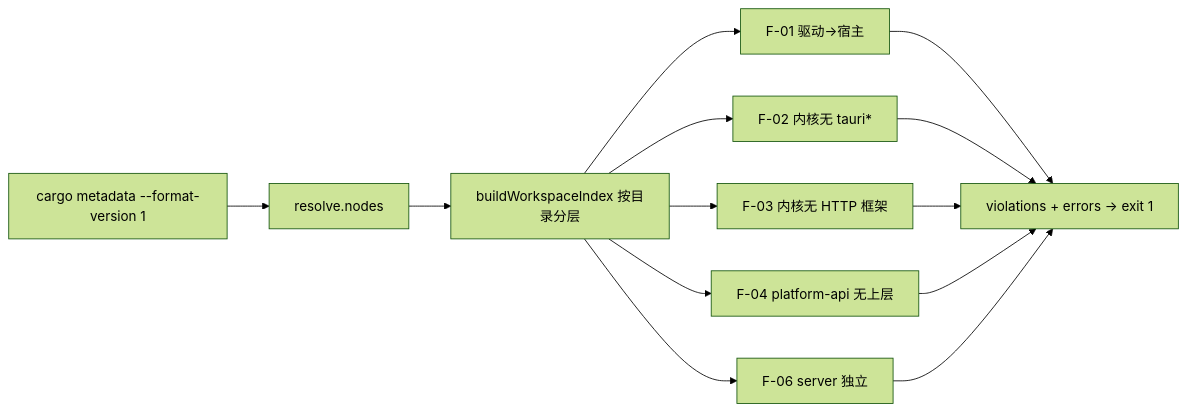
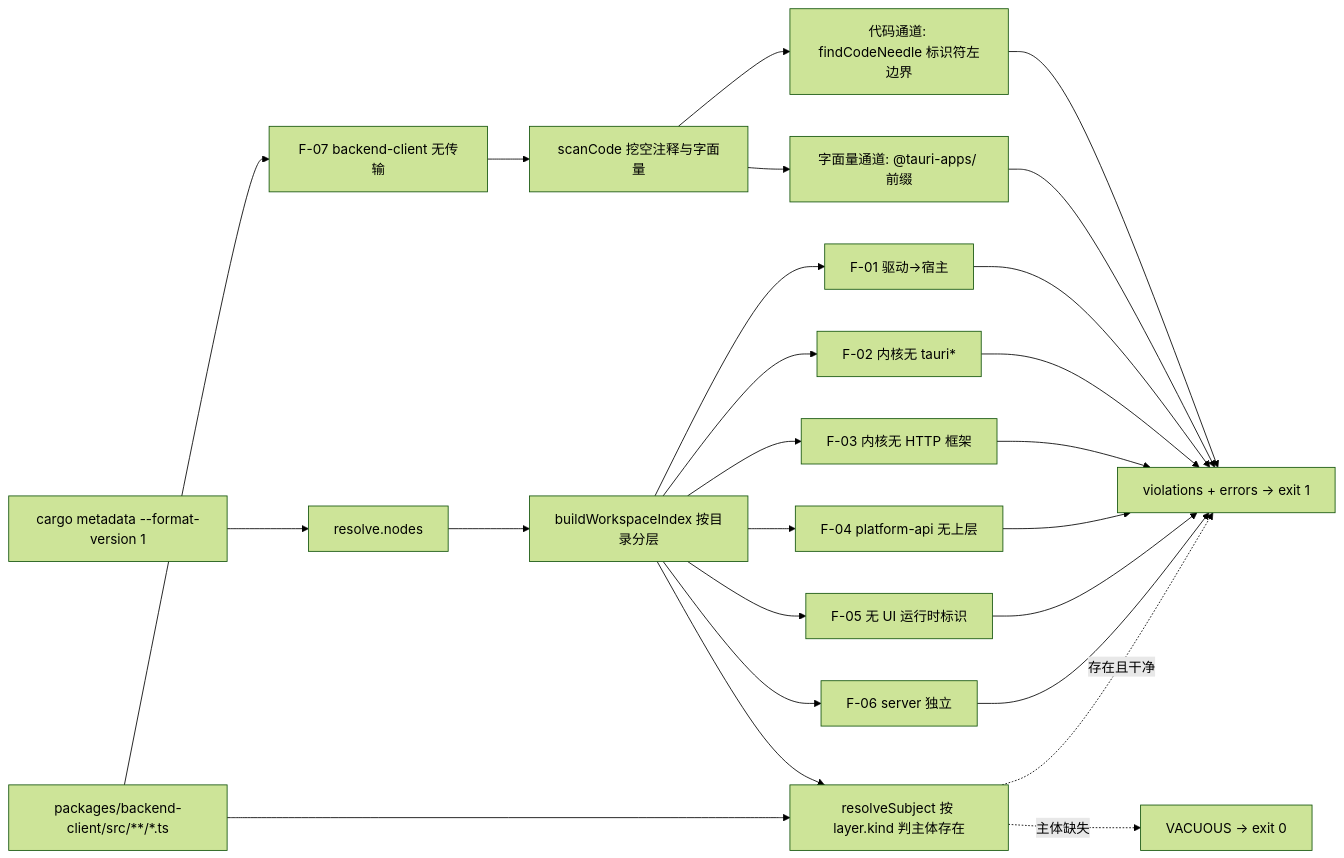
One commit to flyxl/datazen changed the fourth of 4 diagrams in docs/architecture/platform/shared-boundaries-and-ports.md. Above: the diagram before and after it, drawn with Mermaid (forest theme). The commit also changed other lines of this file and 2 other files, not shown here.

````diff
--- a/docs/architecture/platform/shared-boundaries-and-ports.md
+++ b/docs/architecture/platform/shared-boundaries-and-ports.md
@@ -653,11 +653,20 @@
 ```mermaid
 flowchart LR
     M[cargo metadata --format-version 1] --> N[resolve.nodes]
     N --> I[buildWorkspaceIndex 按目录分层]
     I --> C1[F-01 驱动→宿主]
     I --> C2[F-02 内核无 tauri*]
     I --> C3[F-03 内核无 HTTP 框架]
     I --> C4[F-04 platform-api 无上层]
+    I --> C5[F-05 无 UI 运行时标识]
     I --> C6[F-06 server 独立]
-    C1 & C2 & C3 & C4 & C6 --> R[violations + errors → exit 1]
+    D["packages/backend-client/src/**/*.ts"] --> C7[F-07 backend-client 无传输]
+    C7 --> S[scanCode 挖空注释与字面量]
+    S --> S1[代码通道: findCodeNeedle 标识符左边界]
+    S --> S2[字面量通道: @tauri-apps/ 前缀]
+    S1 & S2 --> R[violations + errors → exit 1]
+    C1 & C2 & C3 & C4 & C5 & C6 --> R
+    I & D --> P[resolveSubject 按 layer.kind 判主体存在]
+    P -.主体缺失.-> V[VACUOUS → exit 0]
+    P -.存在且干净.-> R
 ```
````
